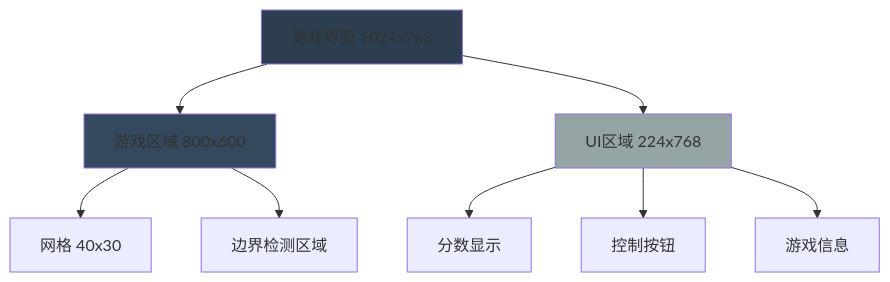
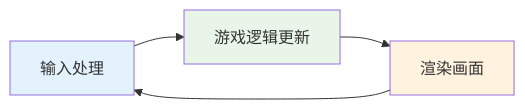
One commit to youjing-mz/snake changed the third of 9 diagrams in 课时2-核心游戏逻辑实现/README.md. Above: the diagram before and after it, drawn with Mermaid. The commit also changed other lines of this file and 8 other files, not shown here.

````diff
--- a/课时2-核心游戏逻辑实现/README.md
+++ b/课时2-核心游戏逻辑实现/README.md
@@ -52,16 +63,10 @@
 ```mermaid
-graph TB
-    A[游戏界面 1024x768] --> B[游戏区域 800x600]
-    A --> C[UI区域 224x768]
+graph LR
+    A[输入处理] --> B[游戏逻辑更新]
+    B --> C[渲染画面]
+    C --> A
     
-    B --> B1[网格 40x30]
-    B --> B2[边界检测区域]
-    
-    C --> C1[分数显示]
-    C --> C2[控制按钮]
-    C --> C3[游戏信息]
-    
-    style A fill:#2C3E50
-    style B fill:#34495E
-    style C fill:#95A5A6
+    style A fill:#e3f2fd
+    style B fill:#e8f5e8
+    style C fill:#fff3e0
 ```
````
